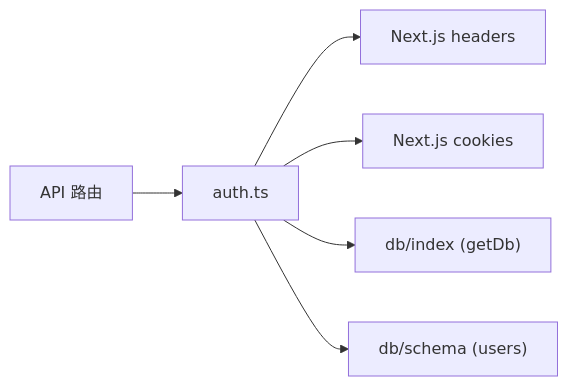
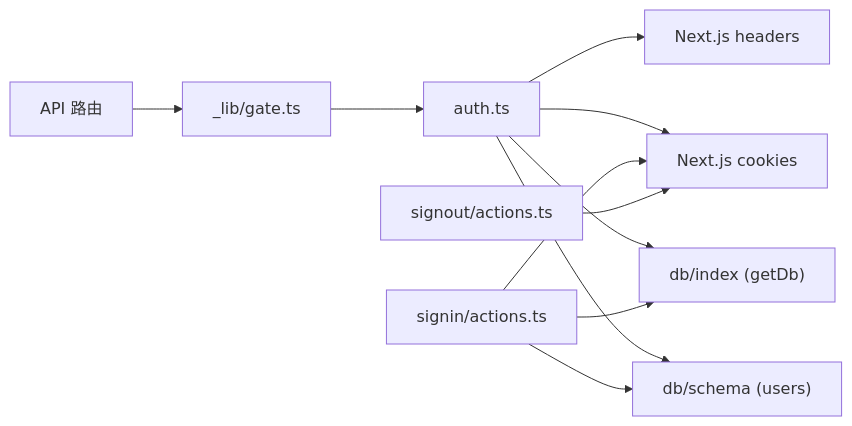
The seventh of 8 diagrams in .qoder/repowiki/zh/content/架构设计/认证架构设计/多源认证机制.md (pnnh/weable), drawn with Mermaid before and after one commit. The commit also changed other lines of this file and 161 other files, not shown here.

````diff
--- a/.qoder/repowiki/zh/content/架构设计/认证架构设计/多源认证机制.md
+++ b/.qoder/repowiki/zh/content/架构设计/认证架构设计/多源认证机制.md
@@ -256,8 +289,13 @@
 ```mermaid
 graph LR
 Auth["auth.ts"] --> Headers["Next.js headers"]
 Auth --> Cookies["Next.js cookies"]
 Auth --> DBIndex["db/index (getDb)"]
 Auth --> Schema["db/schema (users)"]
-Routes["API 路由"] --> Auth
+SignIn["signin/actions.ts"] --> Cookies
+SignIn --> DBIndex
+SignIn --> Schema
+SignOut["signout/actions.ts"] --> Cookies
+Routes["API 路由"] --> Gate["_lib/gate.ts"]
+Gate --> Auth
 ```
````
